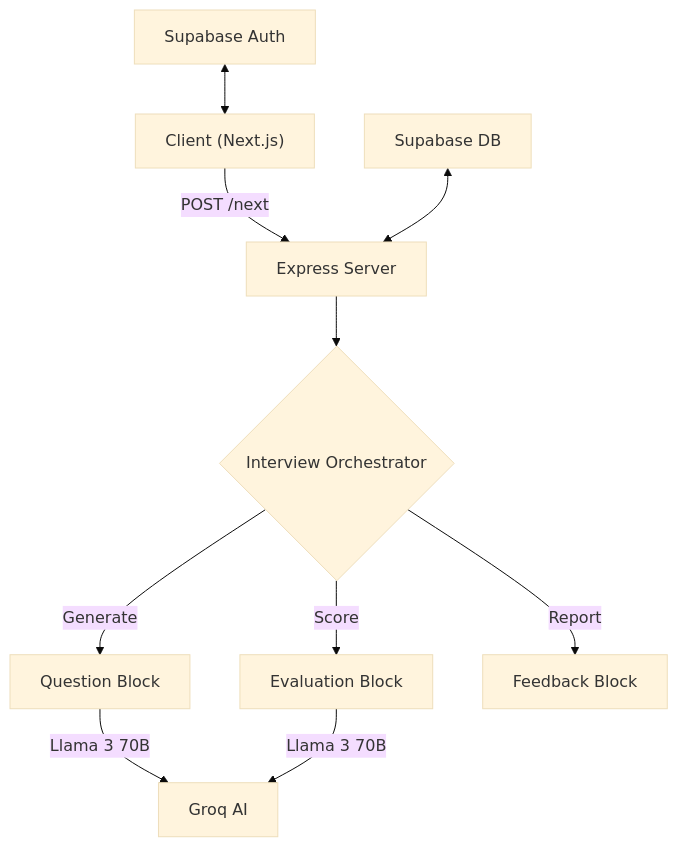
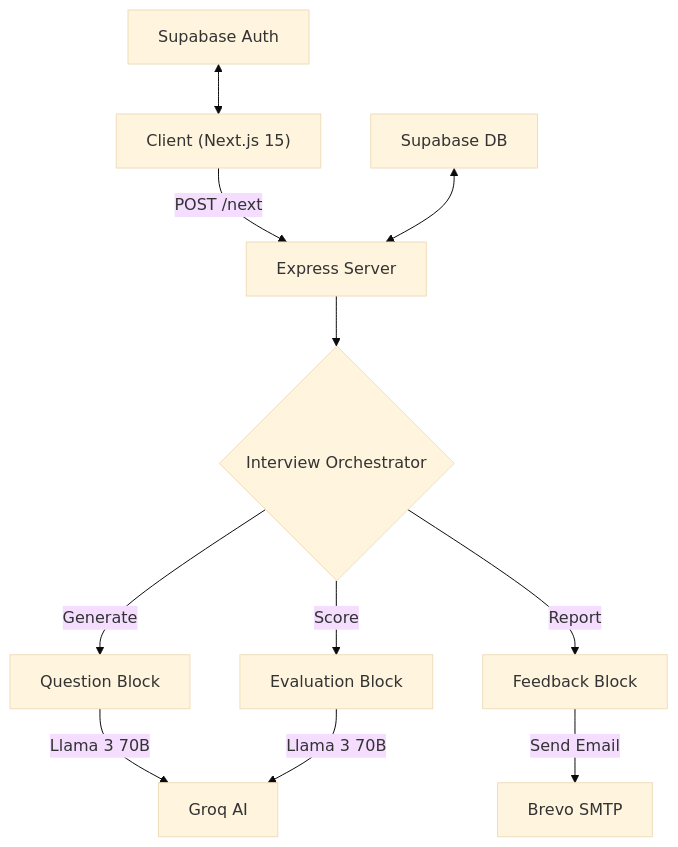
Before and after one commit to Guneshbari/mock-mentor: the diagram in README.md, drawn with Mermaid (base theme). The commit also changed other lines of this file, not shown here.

````diff
--- a/README.md
+++ b/README.md
@@ -72,12 +80,13 @@
 ```mermaid
 graph TD
-    A["Client (Next.js)"] -->|"POST /next"| B["Express Server"]
+    A["Client (Next.js 15)"] -->|"POST /next"| B["Express Server"]
     B --> C{"Interview Orchestrator"}
     C -->|Generate| D["Question Block"]
     C -->|Score| E["Evaluation Block"]
     C -->|Report| F["Feedback Block"]
     D -->|"Llama 3 70B"| G["Groq AI"]
     E -->|"Llama 3 70B"| G
-    H["Supabase Auth"] <--> A
-    I["Supabase DB"] <--> B
+    F -->|"Send Email"| H["Brevo SMTP"]
+    I["Supabase Auth"] <--> A
+    J["Supabase DB"] <--> B
 ```
````
